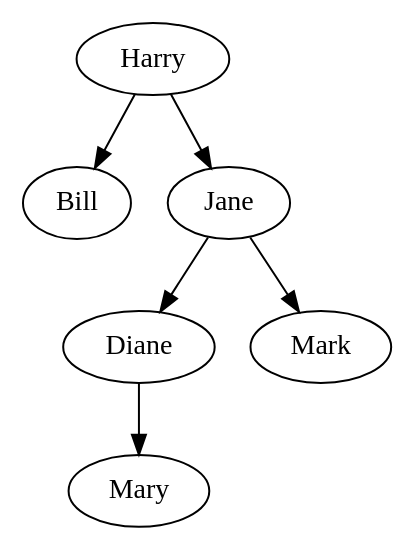
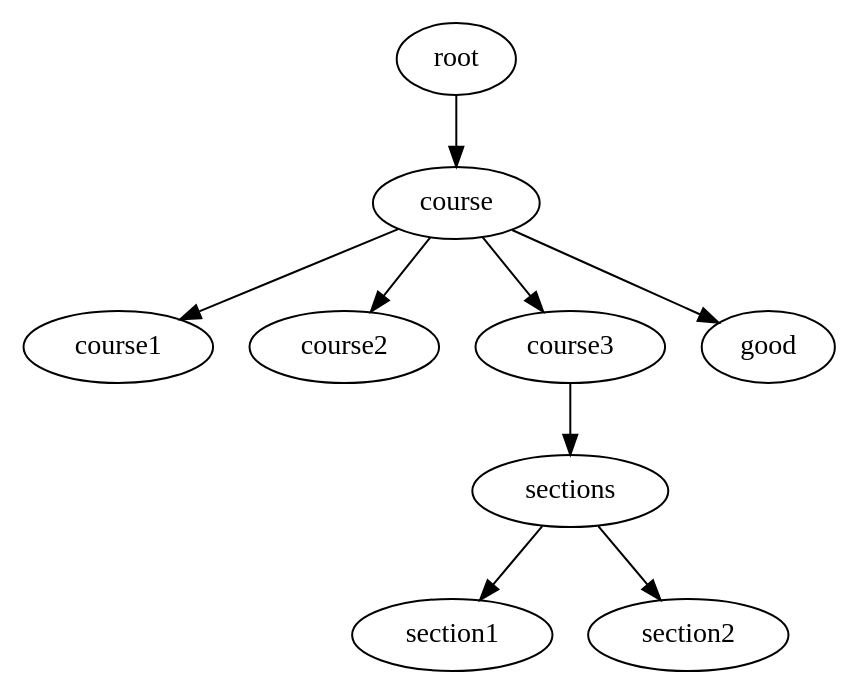
One commit to GUZiGit/INF558Group changed the diagram in pyapp/test.dot. Above: the diagram before and after it, drawn with Graphviz. The commit also changed 15 other files, not shown here.

```diff
--- a/pyapp/test.dot
+++ b/pyapp/test.dot
@@ -1,1 +1,12 @@
-strict digraph tree {    Harry -> Bill;    Harry -> Jane;    Jane -> Diane;    Diane -> Mary;    Jane -> Mark;}
+strict digraph tree {    
+	root -> course;    
+	course -> course1; 
+	course -> course2; 
+	course -> course3; 
+	course -> good course;
+	course3 -> sections;
+	sections -> section1;
+	sections -> section2
+
+
+}
```
